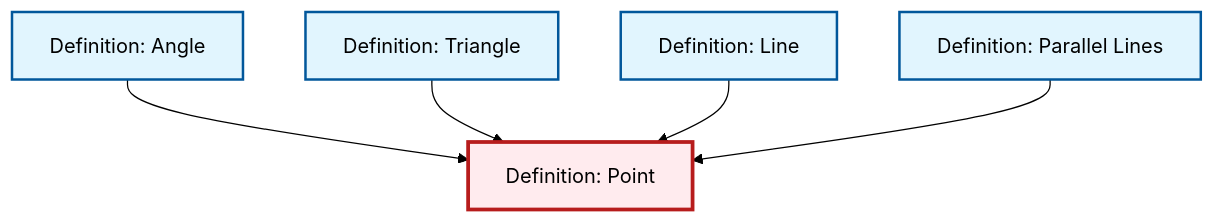
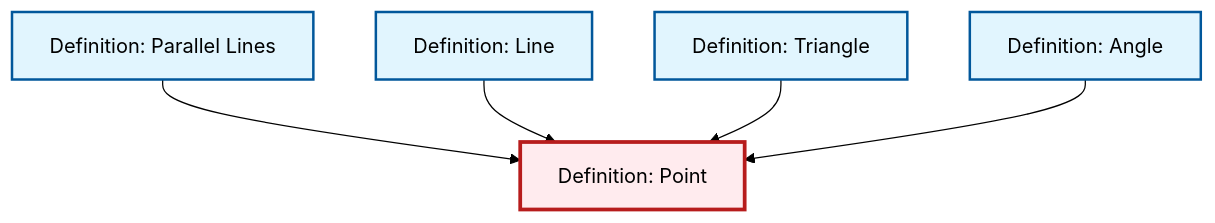
One commit to RK0429/ModernMath changed the diagram in content/en/geometry/def-point.qmd. Above: the diagram before and after it, drawn with Mermaid (forest theme). The commit also changed other lines of this file and 1069 other files, not shown here.

````diff
--- a/content/en/geometry/def-point.qmd
+++ b/content/en/geometry/def-point.qmd
@@ -39,23 +39,23 @@
 ```{mermaid}
 %%| fig-cap: "Local dependency graph"
 graph TD
     classDef definition fill:#e1f5fe,stroke:#01579b,stroke-width:2px
     classDef theorem fill:#f3e5f5,stroke:#4a148c,stroke-width:2px
     classDef axiom fill:#fff3e0,stroke:#e65100,stroke-width:2px
     classDef example fill:#e8f5e9,stroke:#1b5e20,stroke-width:2px
     classDef current fill:#ffebee,stroke:#b71c1c,stroke-width:3px
     def-line["Definition: Line"]:::definition
+    def-triangle["Definition: Triangle"]:::definition
     def-parallel["Definition: Parallel Lines"]:::definition
     def-point["Definition: Point"]:::definition
-    def-triangle["Definition: Triangle"]:::definition
     def-angle["Definition: Angle"]:::definition
+    def-parallel --> def-point
+    def-line --> def-point
+    def-triangle --> def-point
     def-angle --> def-point
-    def-triangle --> def-point
-    def-line --> def-point
-    def-parallel --> def-point
     class def-point current
     click def-line "def-line.html" "Go to Line definition"
+    click def-triangle "def-triangle.html" "Go to Triangle definition"
     click def-parallel "def-parallel.html" "Go to Parallel Lines definition"
-    click def-triangle "def-triangle.html" "Go to Triangle definition"
     click def-angle "def-angle.html" "Go to Angle definition"
 ```
````
